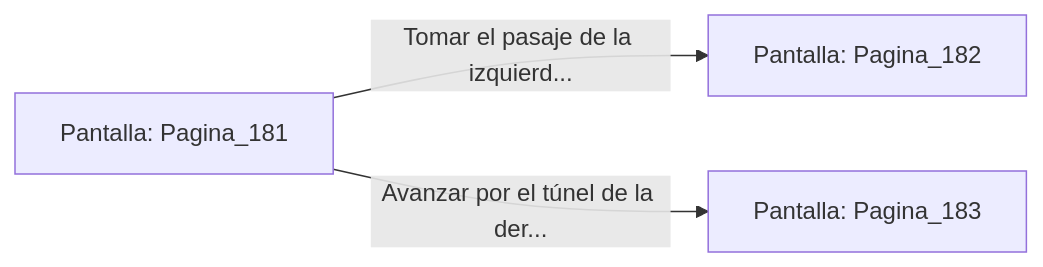
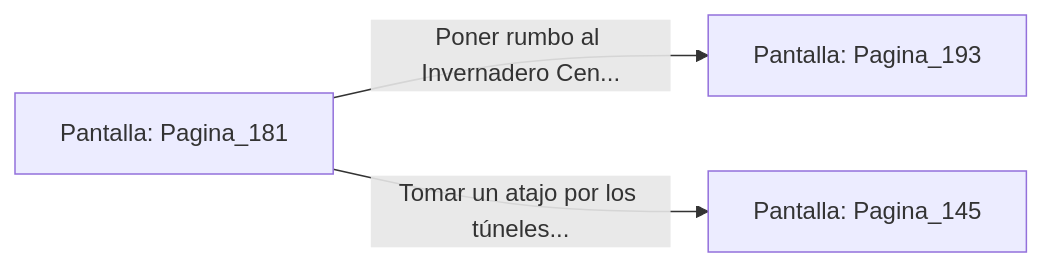
Before and after one commit to metsuke/mpl: the diagram in sample/eligejuego-vault/Pantalla_Pagina_181.md, drawn with Mermaid. The commit also changed other lines of this file and 635 other files, not shown here.

First line of the commit message:
fix: añadir Pagina_1 como pantalla inicial en capitulo_01.mpl

````diff
--- a/sample/eligejuego-vault/Pantalla_Pagina_181.md
+++ b/sample/eligejuego-vault/Pantalla_Pagina_181.md
@@ -20,6 +24,6 @@
 ```mermaid
 graph LR
     P_Pagina_181["Pantalla: Pagina_181"]
-    P_Pagina_181 -->|"Tomar el pasaje de la izquierd..."| P_Pagina_182["Pantalla: Pagina_182"]
-    P_Pagina_181 -->|"Avanzar por el túnel de la der..."| P_Pagina_183["Pantalla: Pagina_183"]
+    P_Pagina_181 -->|"Poner rumbo al Invernadero Cen..."| P_Pagina_193["Pantalla: Pagina_193"]
+    P_Pagina_181 -->|"Tomar un atajo por los túneles..."| P_Pagina_145["Pantalla: Pagina_145"]
 ```
````
